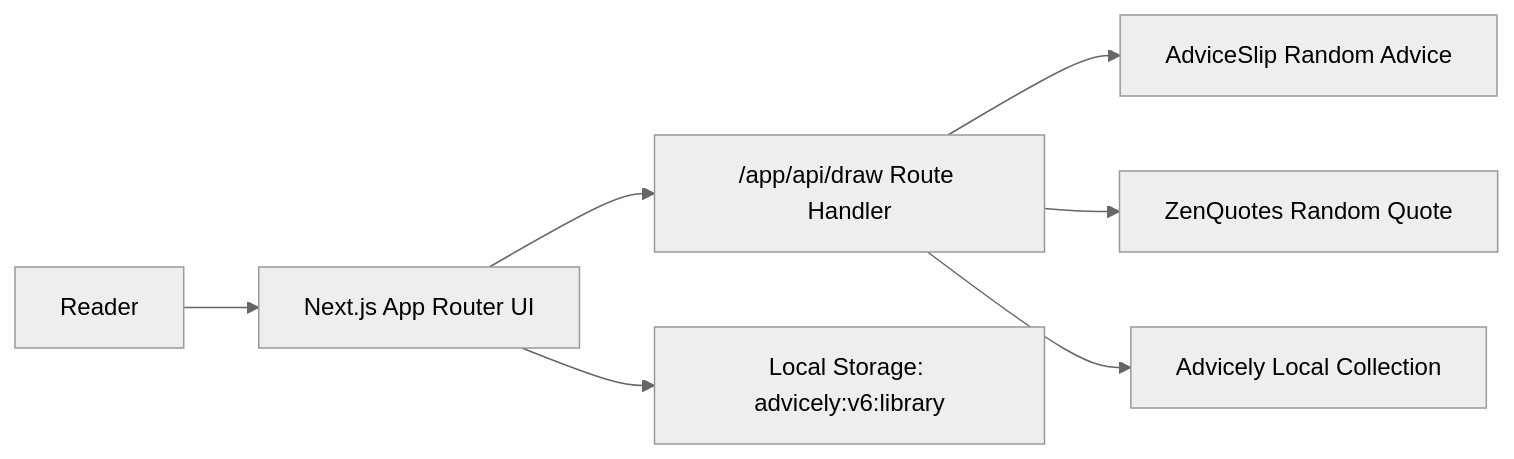
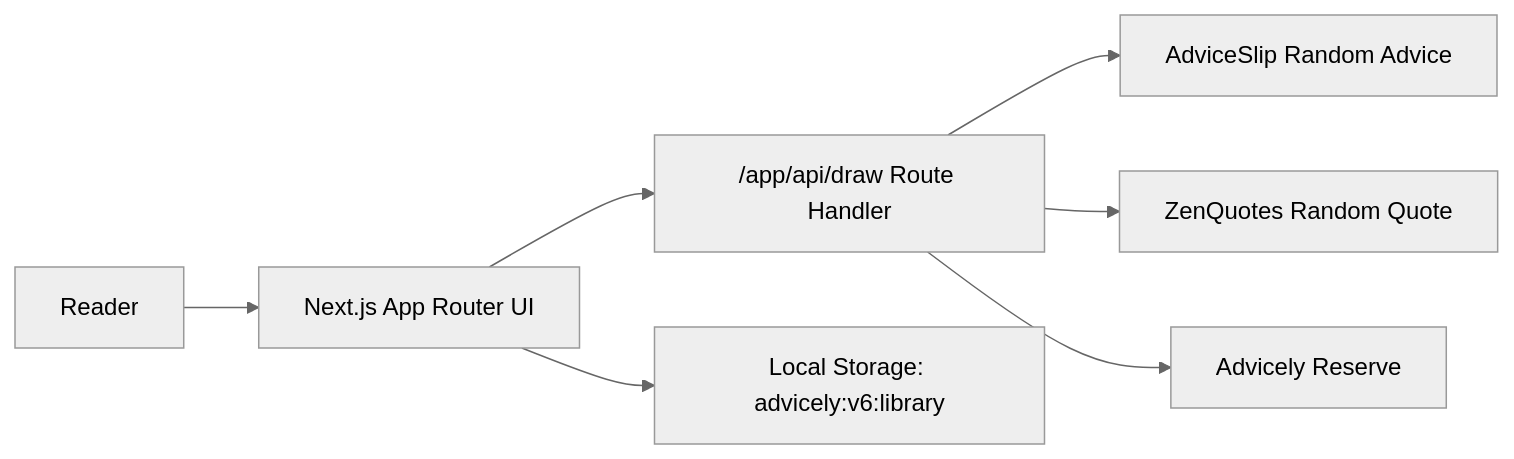
Before and after one commit to AibSyed/advicely: the diagram in README.md, drawn with Mermaid (neutral theme). The commit also changed other lines of this file and 33 other files, not shown here.

````diff
--- a/README.md
+++ b/README.md
@@ -14,9 +14,9 @@
 ```mermaid
 flowchart LR
   U["Reader"] --> UI["Next.js App Router UI"]
   UI --> API["/app/api/draw Route Handler"]
   API --> AS["AdviceSlip Random Advice"]
   API --> ZQ["ZenQuotes Random Quote"]
-  API --> LC["Advicely Local Collection"]
+  API --> LC["Advicely Reserve"]
   UI --> LS["Local Storage: advicely:v6:library"]
 ```
````
